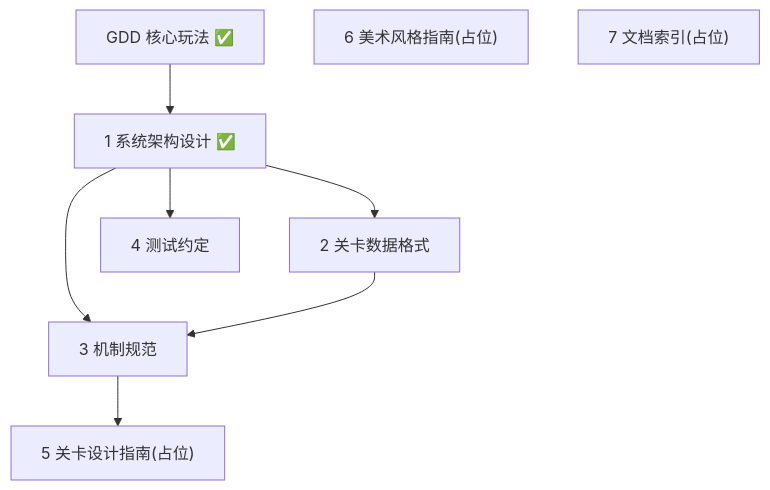
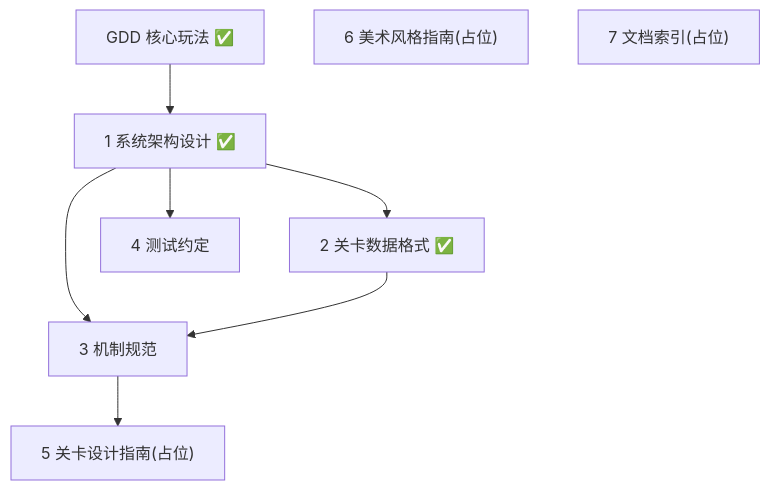
The diagram in docs/superpowers/plans/2026-07-08-documentation-roadmap.md (earneet/monk), drawn with Mermaid before and after one commit. The commit also changed other lines of this file, not shown here.

First line of the commit message:
docs: roadmap 标记 Task 2 关卡数据格式完成

````diff
--- a/docs/superpowers/plans/2026-07-08-documentation-roadmap.md
+++ b/docs/superpowers/plans/2026-07-08-documentation-roadmap.md
@@ -40,11 +40,11 @@
 ```mermaid
 flowchart TD
     GDD["GDD 核心玩法 ✅"] --> ARCH["1 系统架构设计 ✅"]
-    ARCH --> DATA["2 关卡数据格式"]
+    ARCH --> DATA["2 关卡数据格式 ✅"]
     ARCH --> MECH["3 机制规范"]
     DATA --> MECH
     ARCH --> TEST["4 测试约定"]
     MECH --> LVL["5 关卡设计指南(占位)"]
     ART["6 美术风格指南(占位)"]
     IDX["7 文档索引(占位)"]
 ```
````
